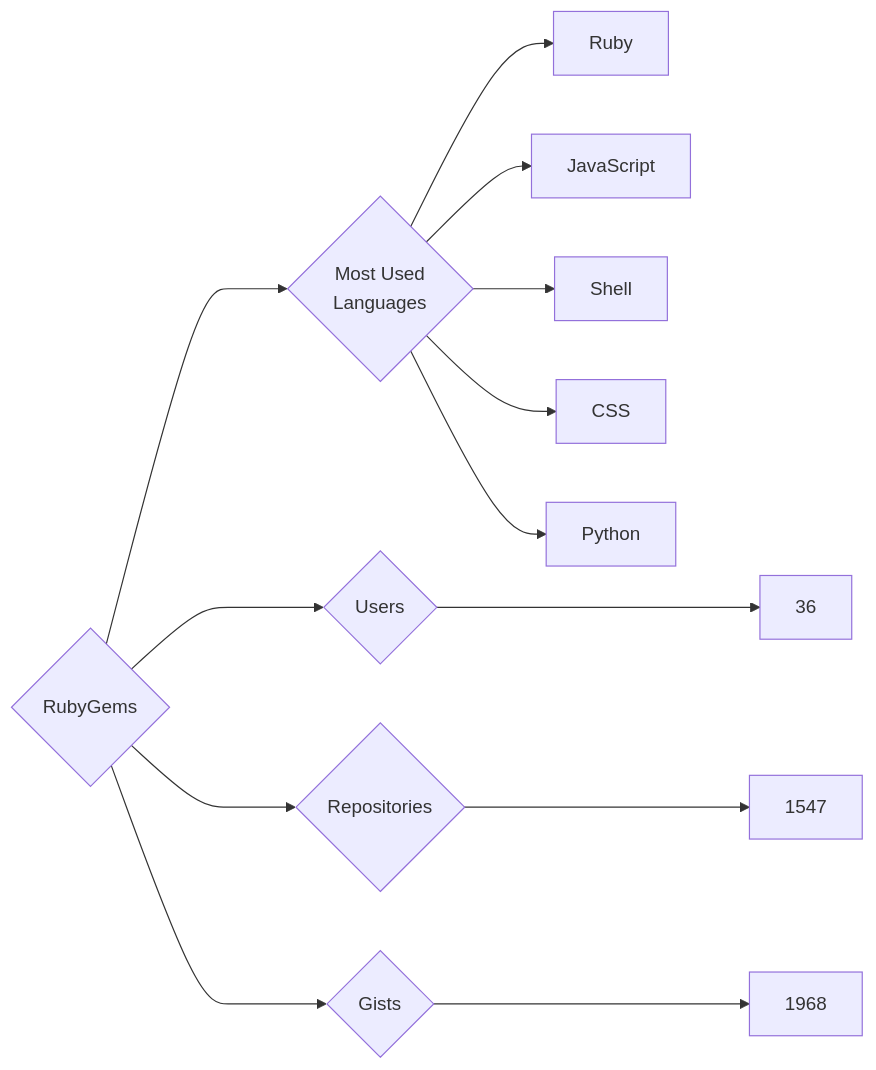
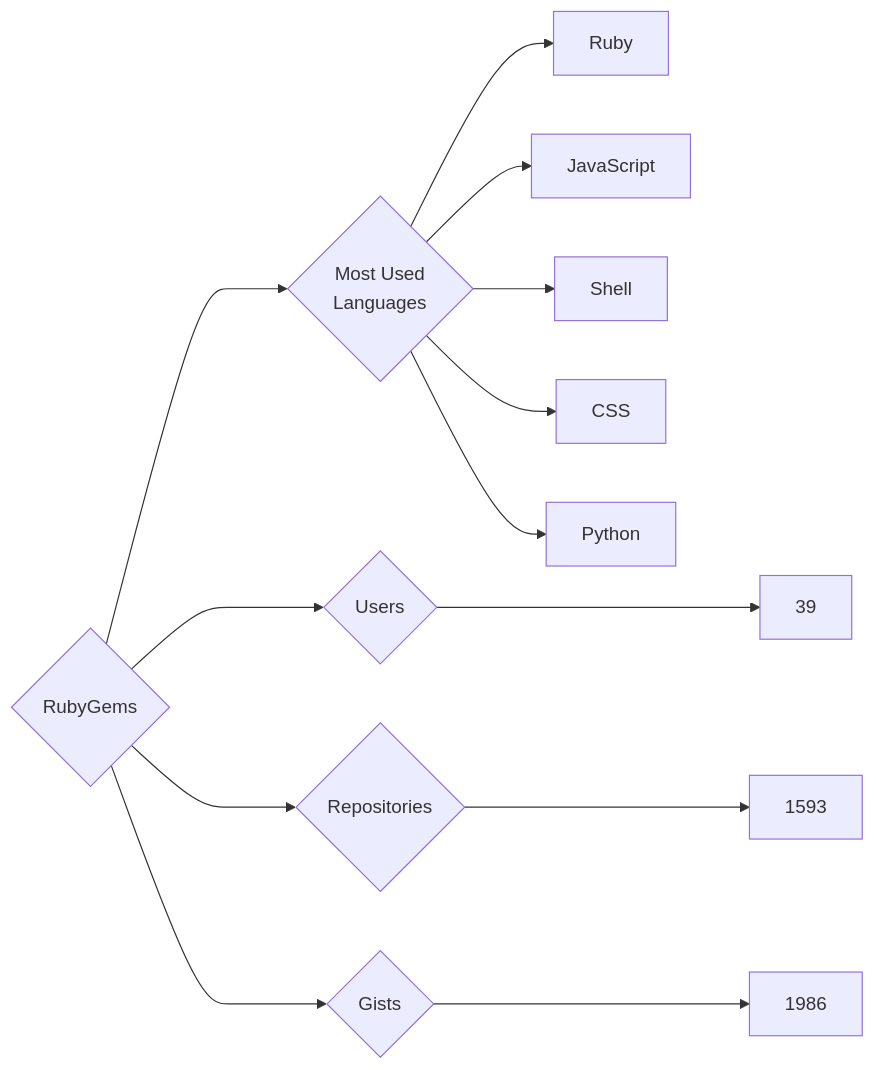
Before and after one commit to trickest/insiders: the diagram in targets/RubyGems/README.md, drawn with Mermaid. The commit also changed 1508 other files, not shown here.

````diff
--- a/targets/RubyGems/README.md
+++ b/targets/RubyGems/README.md
@@ -3,13 +3,13 @@
 ```mermaid
 graph LR
 COMPANY_NAME{RubyGems}
-COMPANY_NAME ---> U{Users} ---> UN[36]
-COMPANY_NAME ---> R{Repositories} ---> RN[1547]
-COMPANY_NAME ---> G{Gists} ---> GN[1968]
+COMPANY_NAME ---> U{Users} ---> UN[39]
+COMPANY_NAME ---> R{Repositories} ---> RN[1593]
+COMPANY_NAME ---> G{Gists} ---> GN[1986]
 COMPANY_NAME ---> ML{Most Used<br>Languages}
 ML --> Ruby[Ruby]
 ML --> JavaScript[JavaScript]
 ML --> Shell[Shell]
 ML --> CSS[CSS]
 ML --> Python[Python]
 ```
````
